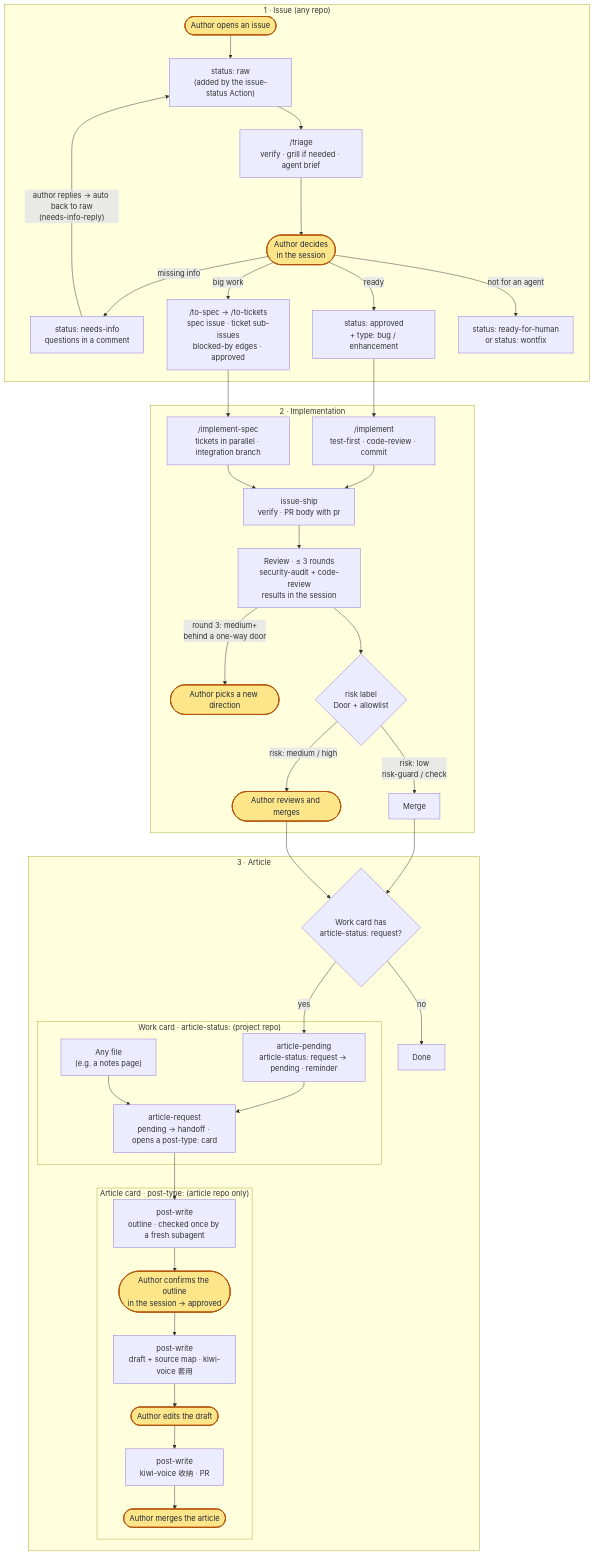
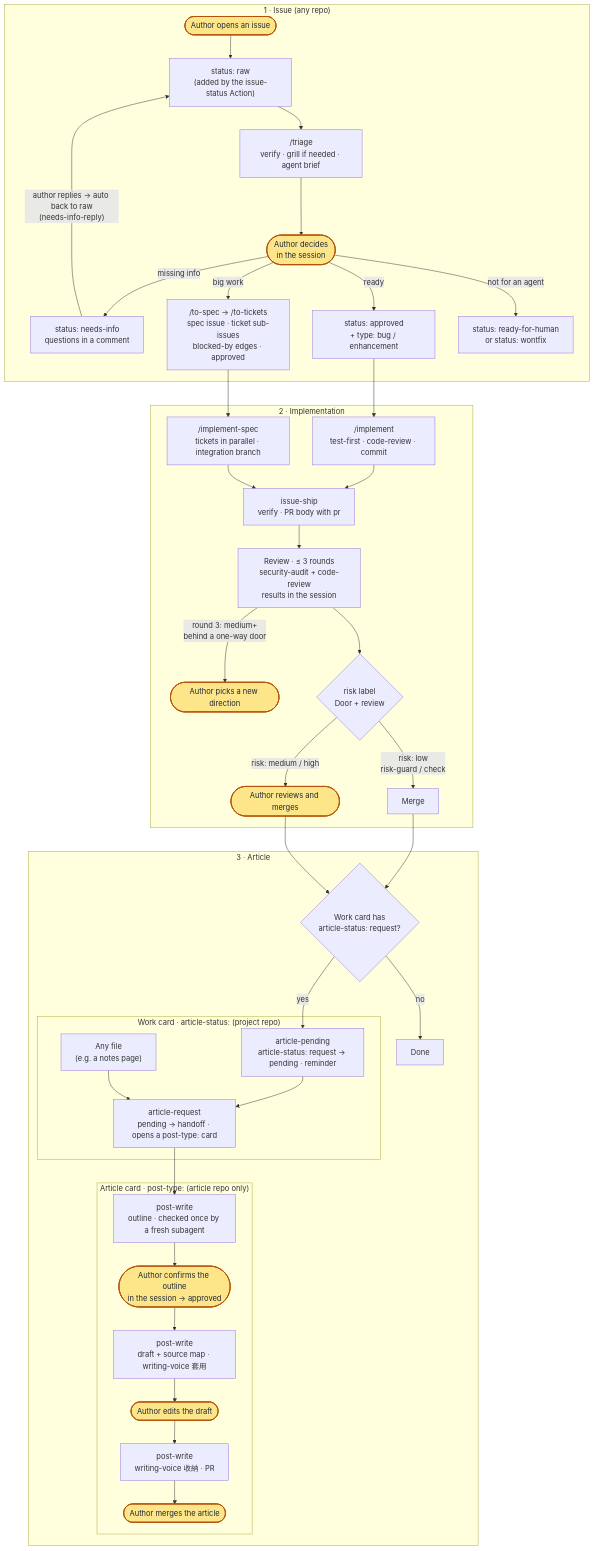
One commit to sean2249/skills changed the first of 2 diagrams in README.md. Above: the diagram before and after it, drawn with Mermaid. The commit also changed other lines of this file and 20 other files, not shown here.

First line of the commit message:
Review round 2: protected-file risk check, typed-only skills, writing-voice

````diff
--- a/README.md
+++ b/README.md
@@ -57,50 +57,50 @@
 ```mermaid
 flowchart TD
   subgraph ISSUE["1 · Issue (any repo)"]
     A(["Author opens an issue"]):::author --> B["status: raw<br/>(added by the issue-status Action)"]
     B --> T["/triage<br/>verify · grill if needed · agent brief"]
     T --> D(["Author decides<br/>in the session"]):::author
     D -->|missing info| NI["status: needs-info<br/>questions in a comment"]
     NI -->|"author replies → auto back to raw<br/>(needs-info-reply)"| B
     D -->|ready| AP["status: approved<br/>+ type: bug / enhancement"]
     D -->|big work| SP["/to-spec → /to-tickets<br/>spec issue · ticket sub-issues<br/>blocked-by edges · approved"]
     D -->|"not for an agent"| RH["status: ready-for-human<br/>or status: wontfix"]
   end
 
   subgraph IMPL["2 · Implementation"]
     AP --> I["/implement<br/>test-first · code-review · commit"]
     SP --> IS["/implement-spec<br/>tickets in parallel · integration branch"]
     I --> S["issue-ship<br/>verify · PR body with pr"]
     IS --> S
     S --> RV["Review · ≤ 3 rounds<br/>security-audit + code-review<br/>results in the session"]
     RV -->|"round 3: medium+<br/>behind a one-way door"| BK(["Author picks a new direction"]):::author
-    RV --> K{"risk label<br/>Door + allowlist"}
+    RV --> K{"risk label<br/>Door + review"}
     K -->|"risk: low<br/>risk-guard / check"| L["Merge"]
     K -->|"risk: medium / high"| M(["Author reviews and merges"]):::author
   end
 
   subgraph ART["3 · Article"]
     L --> N{"Work card has<br/>article-status: request?"}
     M --> N
     N -->|no| Z["Done"]
     subgraph WORK["Work card · article-status: (project repo)"]
       O["article-pending<br/>article-status: request → pending · reminder"]
       Q["article-request<br/>pending → handoff · opens a post-type: card"]
       X["Any file<br/>(e.g. a notes page)"]
     end
     subgraph CARD["Article card · post-type: (article repo only)"]
       U["post-write<br/>outline · checked once by a fresh subagent"]
       OC(["Author confirms the outline<br/>in the session → approved"]):::author
-      W["post-write<br/>draft + source map · kiwi-voice 套用"]
+      W["post-write<br/>draft + source map · writing-voice 套用"]
       E(["Author edits the draft"]):::author
-      P["post-write<br/>kiwi-voice 收納 · PR"]
+      P["post-write<br/>writing-voice 收納 · PR"]
       V(["Author merges the article"]):::author
     end
     N -->|yes| O
     O --> Q
     X --> Q
     Q --> U --> OC --> W --> E --> P --> V
   end
 
   classDef author fill:#fde68a,stroke:#b45309,color:#1f2937,stroke-width:2px
 ```
````
